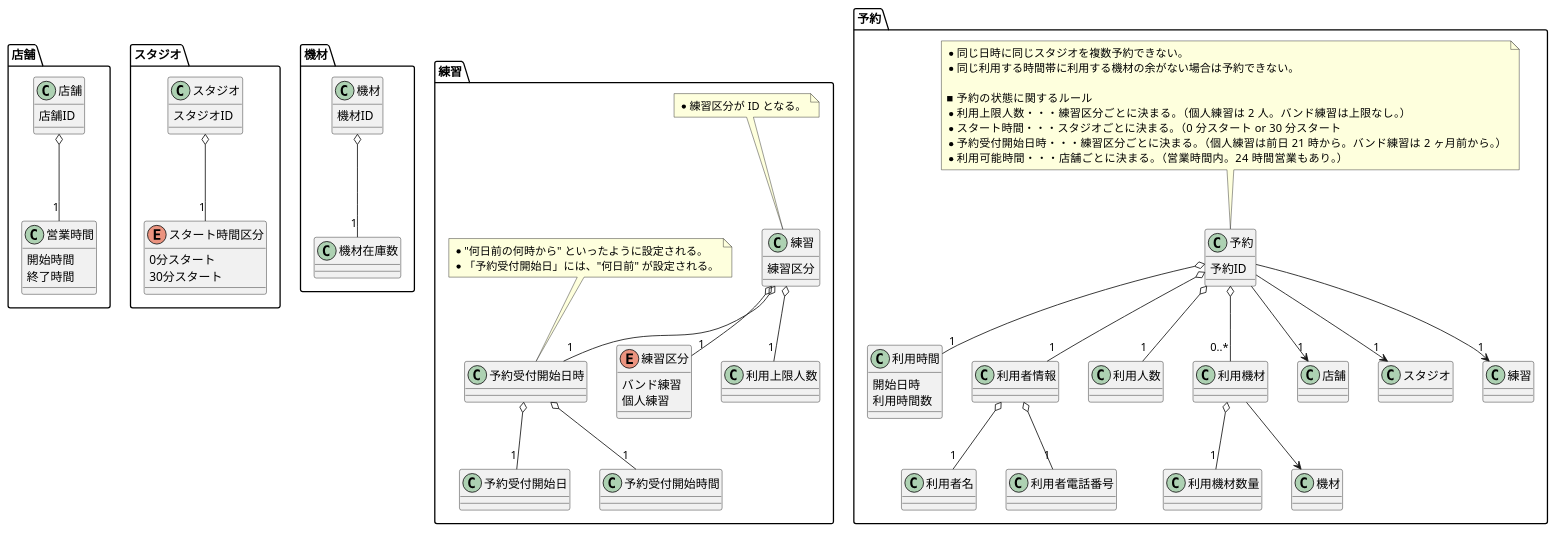
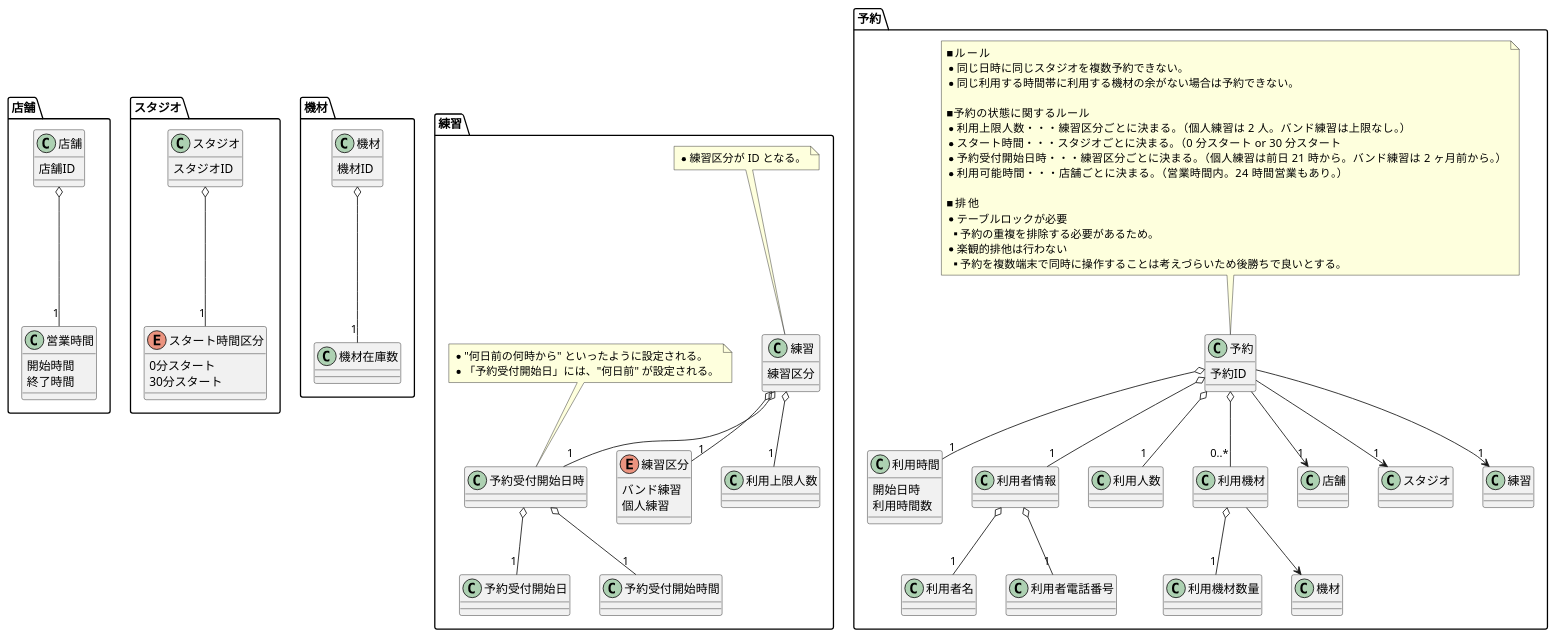
One commit to TakashiOnawa/ddd-practice-studio-reservation changed the diagram in modeling/07_DomainModel_予約.pu. Above: the diagram before and after it, drawn with PlantUML. The commit also changed 1 other file, not shown here.

Commit message:
各種モデル図を更新。

```diff
--- a/modeling/07_DomainModel_予約.pu
+++ b/modeling/07_DomainModel_予約.pu
@@ -1,114 +1,121 @@
 @startuml DomainModel
 
 package 店舗 {
     class 店舗 {
         店舗ID
     }
 
     class 営業時間 {
         開始時間
         終了時間
     }
 
     店舗 o-- "1" 営業時間
 }
 
 package スタジオ {
     class スタジオ {
         スタジオID
     }
 
     enum スタート時間区分 {
         0分スタート
         30分スタート
     }
 
     スタジオ o-- "1" スタート時間区分
 }
 
 package 機材 {
     class 機材 {
         機材ID
     }
 
     class 機材在庫数
 
     機材 o-- "1" 機材在庫数
 }
 
 package 練習 {
     class 練習 {
         練習区分
     }
 
     enum 練習区分 {
         バンド練習
         個人練習
     }
 
     class 利用上限人数
 
     class 予約受付開始日時
     class 予約受付開始日
     class 予約受付開始時間
     予約受付開始日時 o-- "1" 予約受付開始日
     予約受付開始日時 o-- "1" 予約受付開始時間
     
     練習 o-- "1" 練習区分
     練習 o-- "1" 利用上限人数
     練習 o-- "1" 予約受付開始日時
 
     note top of 練習
     * 練習区分が ID となる。
     end note
 
     note top of 予約受付開始日時
     * "何日前の何時から" といったように設定される。
     * 「予約受付開始日」には、"何日前" が設定される。 
     end note
 }
 
 package 予約 {
     class 予約 {
         予約ID
     }
 
     class 利用時間 {
         開始日時
         利用時間数
     }
 
     class 利用者情報
     class 利用者名
     class 利用者電話番号
     利用者情報 o-- "1" 利用者名
     利用者情報 o-- "1" 利用者電話番号
 
     class 利用人数
 
     class 利用機材
     class 利用機材数量
     利用機材 --> 機材
     利用機材 o-- "1" 利用機材数量
 
     予約 --> "1" 店舗
     予約 --> "1" スタジオ
     予約 o-- "1" 利用時間
     予約 o-- "1" 利用者情報
     予約 o-- "1" 利用人数
     予約 --> "1" 練習
     予約 o-- "0..*" 利用機材
 
     note top of 予約
+    ■ルール
     * 同じ日時に同じスタジオを複数予約できない。
     * 同じ利用する時間帯に利用する機材の余がない場合は予約できない。
-    
-    ■ 予約の状態に関するルール
+
+    ■予約の状態に関するルール
     * 利用上限人数・・・練習区分ごとに決まる。（個人練習は 2 人。バンド練習は上限なし。）
     * スタート時間・・・スタジオごとに決まる。（0 分スタート or 30 分スタート
     * 予約受付開始日時・・・練習区分ごとに決まる。（個人練習は前日 21 時から。バンド練習は 2 ヶ月前から。）
-    * 利用可能時間・・・店舗ごとに決まる。（営業時間内。24 時間営業もあり。）
+    * 利用可能時間・・・店舗ごとに決まる。（営業時間内。24 時間営業もあり。）  
+
+    ■排他
+    * テーブルロックが必要
+    ** 予約の重複を排除する必要があるため。
+    * 楽観的排他は行わない
+    ** 予約を複数端末で同時に操作することは考えづらいため後勝ちで良いとする。
     end note
 }
 
 @enduml
```
